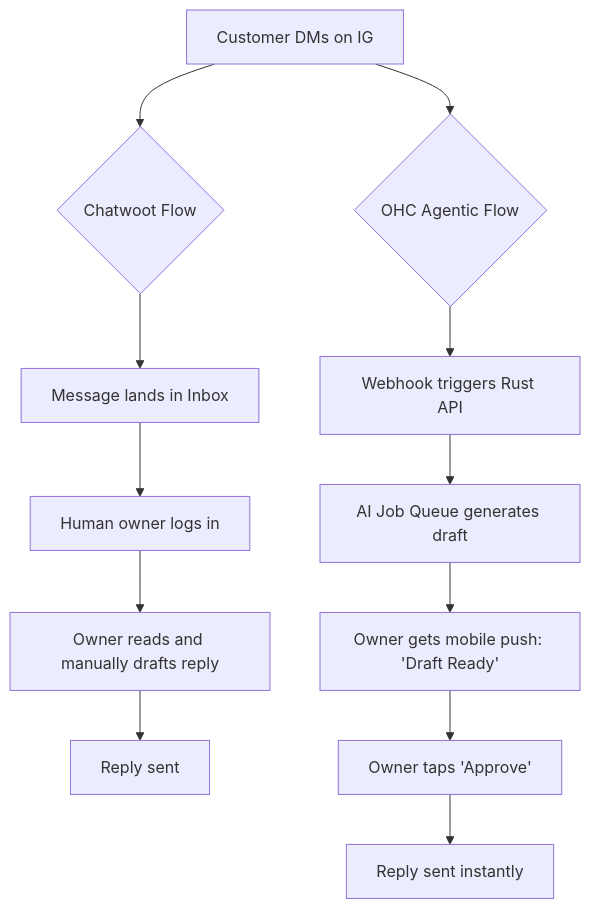
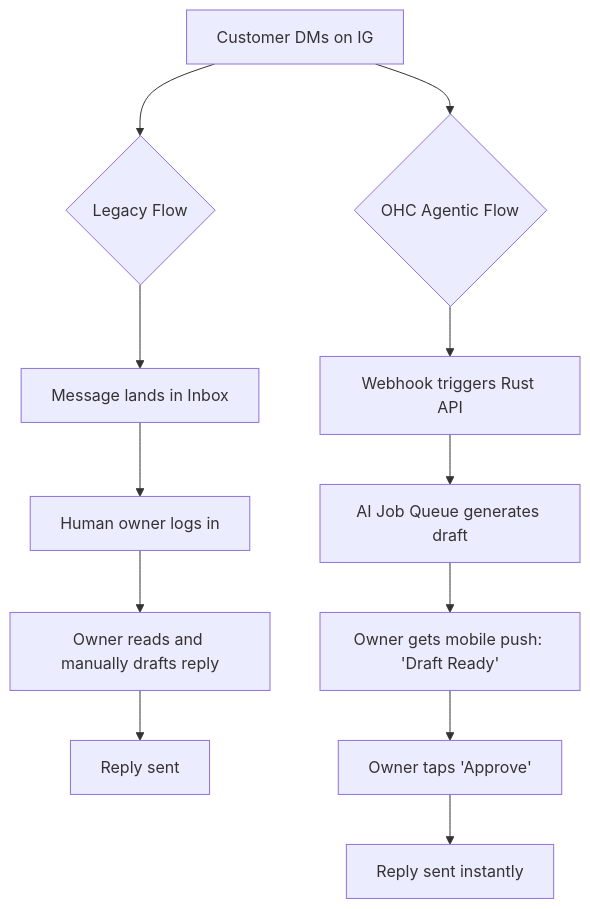
One commit to omnisolo-llc/onehumancorp changed the second of 2 diagrams in .agent-task/report/task_output.md. Above: the diagram before and after it, drawn with Mermaid. The commit also changed other lines of this file, not shown here.

First line of the commit message:
fix: resolve chatwoot residue CI failure in agent report

````diff
--- a/.agent-task/report/task_output.md
+++ b/.agent-task/report/task_output.md
@@ -61,16 +61,16 @@
   ```mermaid
   graph TD
-      A[Customer DMs on IG] --> B{Chatwoot Flow}
+      A[Customer DMs on IG] --> B{Legacy Flow}
       A --> C{OHC Agentic Flow}
 
       B --> D[Message lands in Inbox]
       D --> E[Human owner logs in]
       E --> F[Owner reads and manually drafts reply]
       F --> G[Reply sent]
 
       C --> H[Webhook triggers Rust API]
       H --> I[AI Job Queue generates draft]
       I --> J[Owner gets mobile push: 'Draft Ready']
       J --> K[Owner taps 'Approve']
       K --> L[Reply sent instantly]
   ```
````
